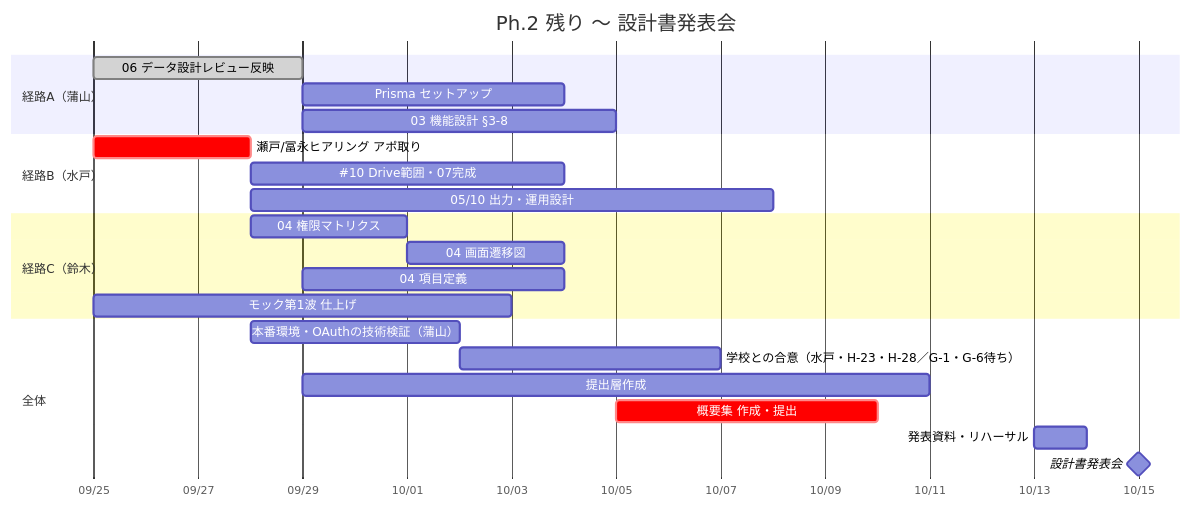
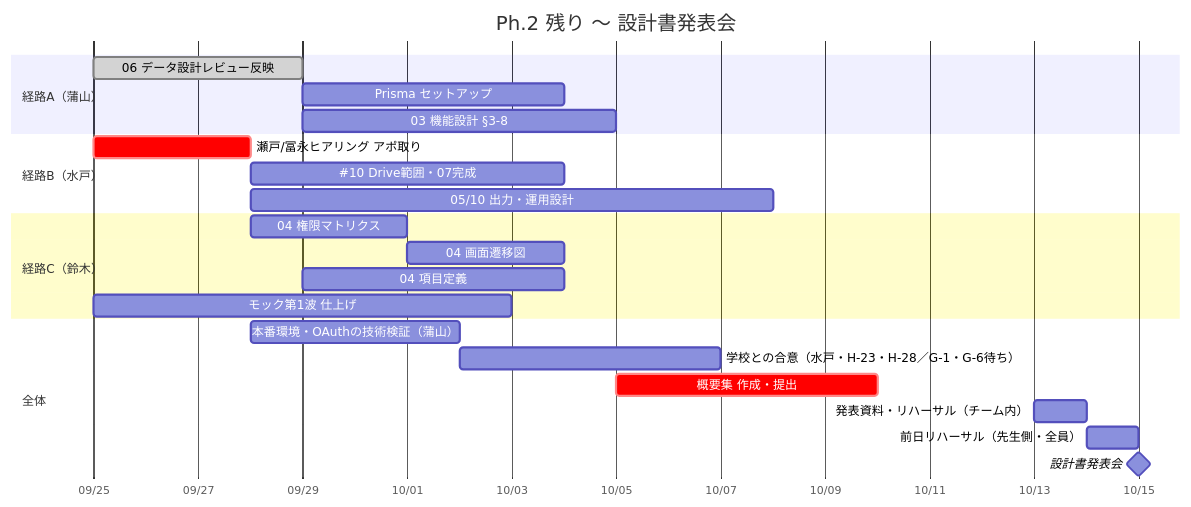
The diagram in pm/wbs.md (250158hj-maker/yse_compass), drawn with Mermaid before and after one commit. The commit also changed other lines of this file and 1 other file, not shown here.

````diff
--- a/pm/wbs.md
+++ b/pm/wbs.md
@@ -196,30 +198,30 @@
 ```mermaid
 gantt
     title Ph.2 残り 〜 設計書発表会
     dateFormat  YYYY-MM-DD
     axisFormat  %m/%d
 
     section 経路A（蒲山）
     06 データ設計レビュー反映      :done, a1, 2026-09-25, 4d
     Prisma セットアップ            :a2, after a1, 5d
     03 機能設計 §3-8               :a3, after a1, 6d
 
     section 経路B（水戸）
     瀬戸/冨永ヒアリング アポ取り    :crit, b1, 2026-09-25, 3d
     #10 Drive範囲・07完成          :b2, after b1, 6d
     05/10 出力・運用設計           :b3, after b1, 10d
 
     section 経路C（鈴木）
     04 権限マトリクス               :c1, 2026-09-28, 3d
     04 画面遷移図                   :c2, after c1, 3d
     04 項目定義                     :c3, after a1, 5d
     モック第1波 仕上げ              :c4, 2026-09-25, 8d
 
     section 全体
     本番環境・OAuthの技術検証（蒲山）    :d1a, 2026-09-28, 2026-10-02
     学校との合意（水戸・H-23・H-28／G-1・G-6待ち）  :d1b, after d1a, 5d
-    提出層作成                      :e1, 2026-09-29, 12d
     概要集 作成・提出               :crit, e2, 2026-10-05, 5d
-    発表資料・リハーサル            :f1, 2026-10-13, 1d
+    発表資料・リハーサル（チーム内）  :f1, 2026-10-13, 1d
+    前日リハーサル（先生側・全員）    :f2, 2026-10-14, 1d
     設計書発表会                    :milestone, 2026-10-15, 0d
 ```
````
